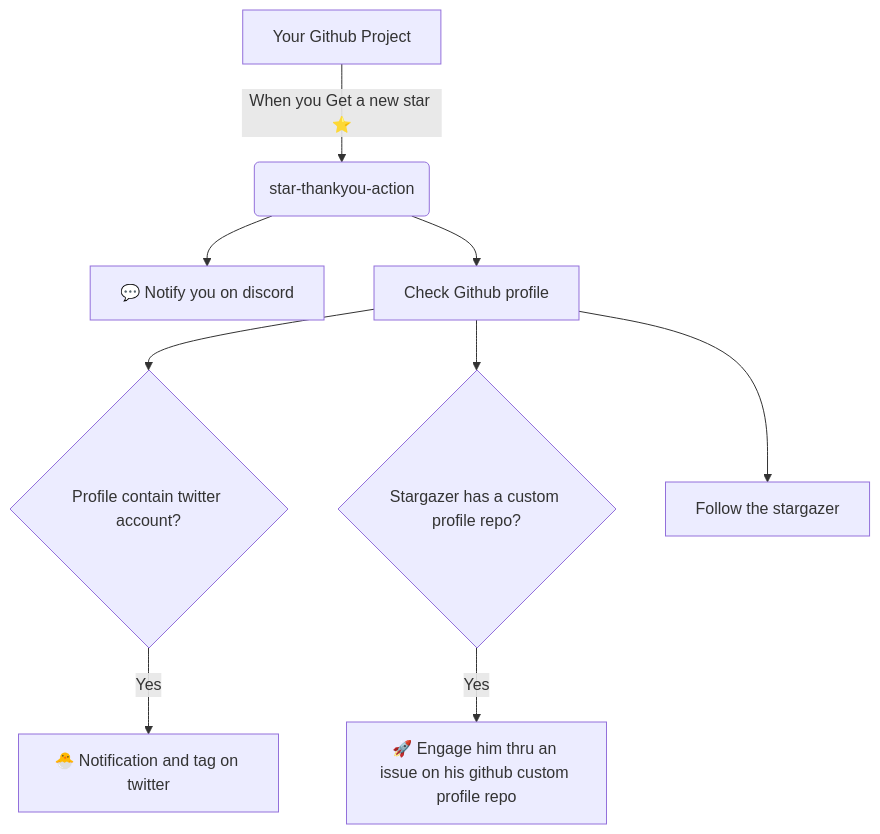
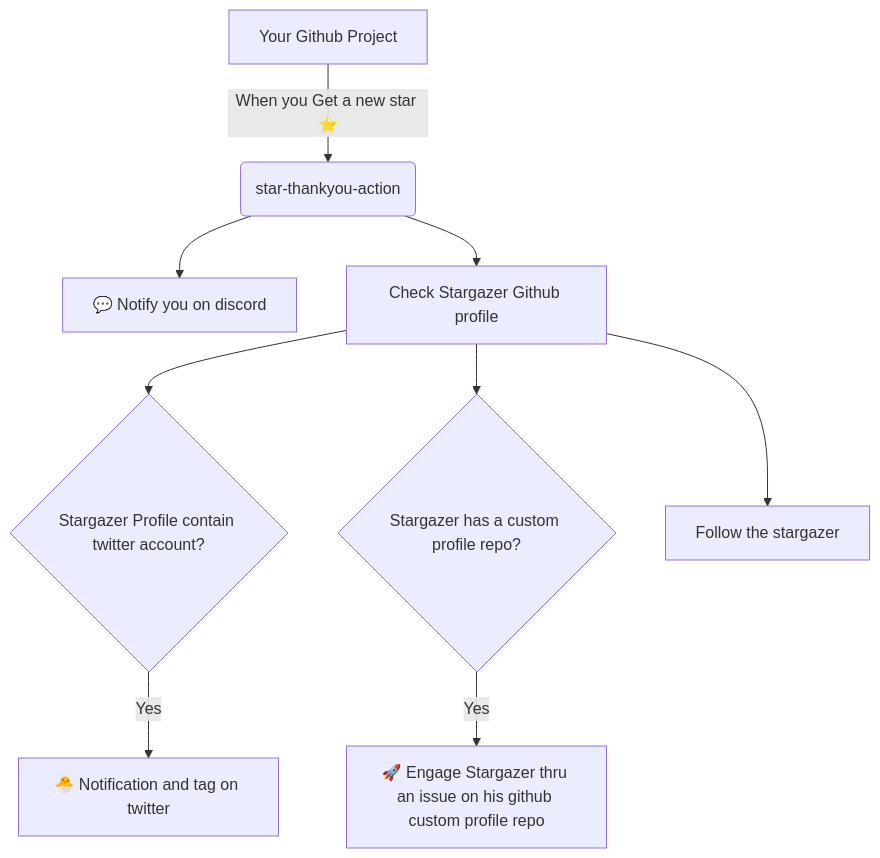
One commit to atalent-labs/star-engagement-action changed the diagram in README.md. Above: the diagram before and after it, drawn with Mermaid. The commit also changed other lines of this file, not shown here.

````diff
--- a/README.md
+++ b/README.md
@@ -30,11 +32,11 @@
 ```mermaid
 graph TD
     Project[Your Github Project] -->|"When you Get a new star ⭐️"| Action("star-thankyou-action")
     Action --> Discord["💬 Notify you on discord"]
-    Action --> Github["Check Github profile"]
-    Github --> hasTwitter{Profile contain twitter account?}
+    Action --> Github["Check Stargazer Github profile"]
+    Github --> hasTwitter{Stargazer Profile contain twitter account?}
     hasTwitter -->|Yes| Twitter["🐣 Notification and tag on twitter"]
     Github --> GithubProfile{Stargazer has a custom profile repo?}
-    GithubProfile -->|Yes| ProfileRepo["🚀 Engage him thru an issue on his github custom profile repo"]
+    GithubProfile -->|Yes| ProfileRepo["🚀 Engage Stargazer thru an issue on his github custom profile repo"]
     Github --> GithubFollow["Follow the stargazer"]
 ```
````
